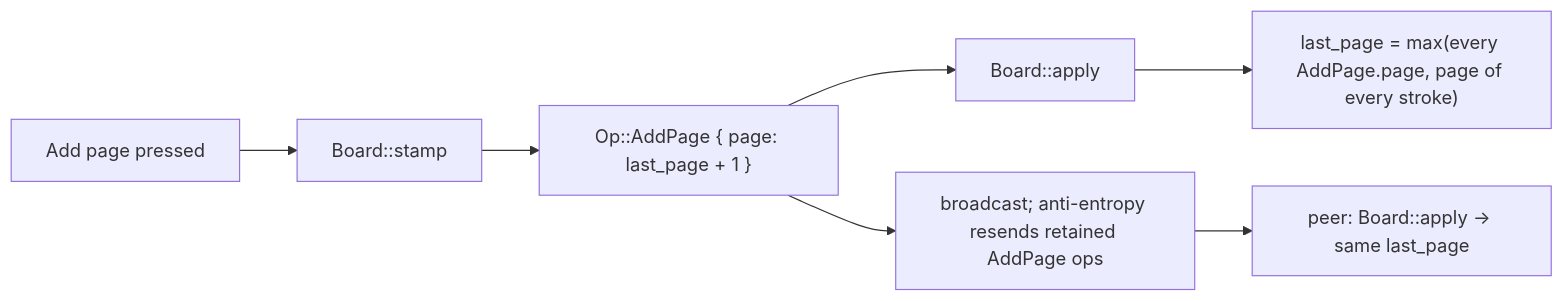
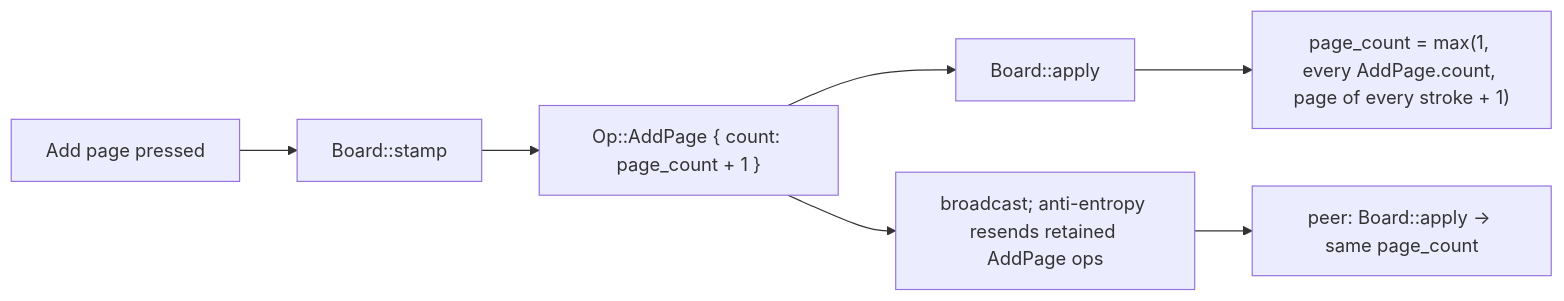
One commit to Student-Team-Projects/Most-Overkilled-Whiteboard-for-ArchLinux changed the first of 2 diagrams in docs/features/pages-pdf/spec.md. Above: the diagram before and after it, drawn with Mermaid. The commit also changed other lines of this file and 3 other files, not shown here.

Commit message:
G25: page_count instead of last_page; AddPage carries a count

````diff
--- a/docs/features/pages-pdf/spec.md
+++ b/docs/features/pages-pdf/spec.md
@@ -18,9 +18,9 @@
 ```mermaid
 flowchart LR
     add["Add page pressed"] --> stamp["Board::stamp"]
-    stamp --> op["Op::AddPage { page: last_page + 1 }"]
+    stamp --> op["Op::AddPage { count: page_count + 1 }"]
     op --> apply["Board::apply"]
-    apply --> last["last_page = max(every AddPage.page, page of every stroke)"]
+    apply --> count["page_count = max(1, every AddPage.count, page of every stroke + 1)"]
     op --> bc["broadcast; anti-entropy resends retained AddPage ops"]
-    bc --> peer["peer: Board::apply → same last_page"]
+    bc --> peer["peer: Board::apply → same page_count"]
 ```
````
